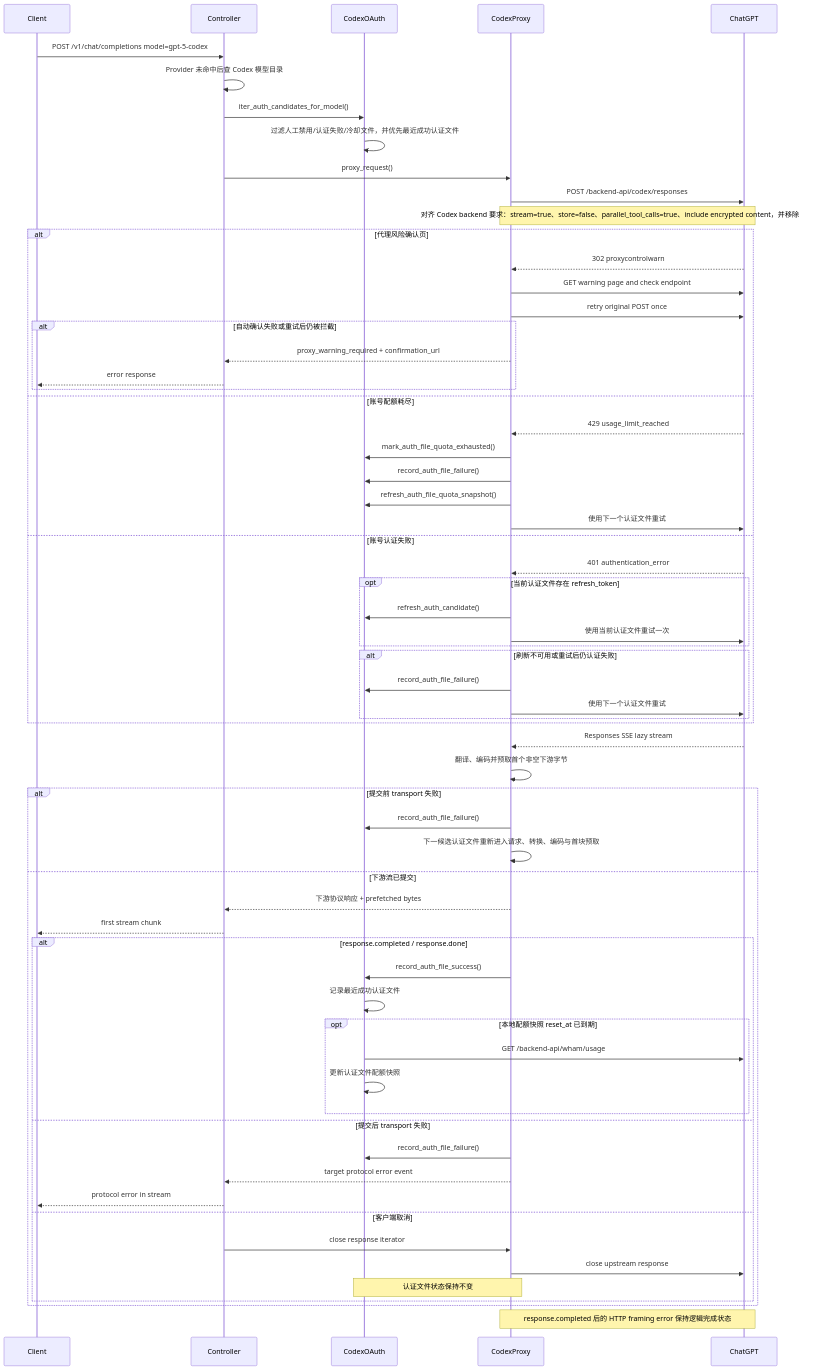
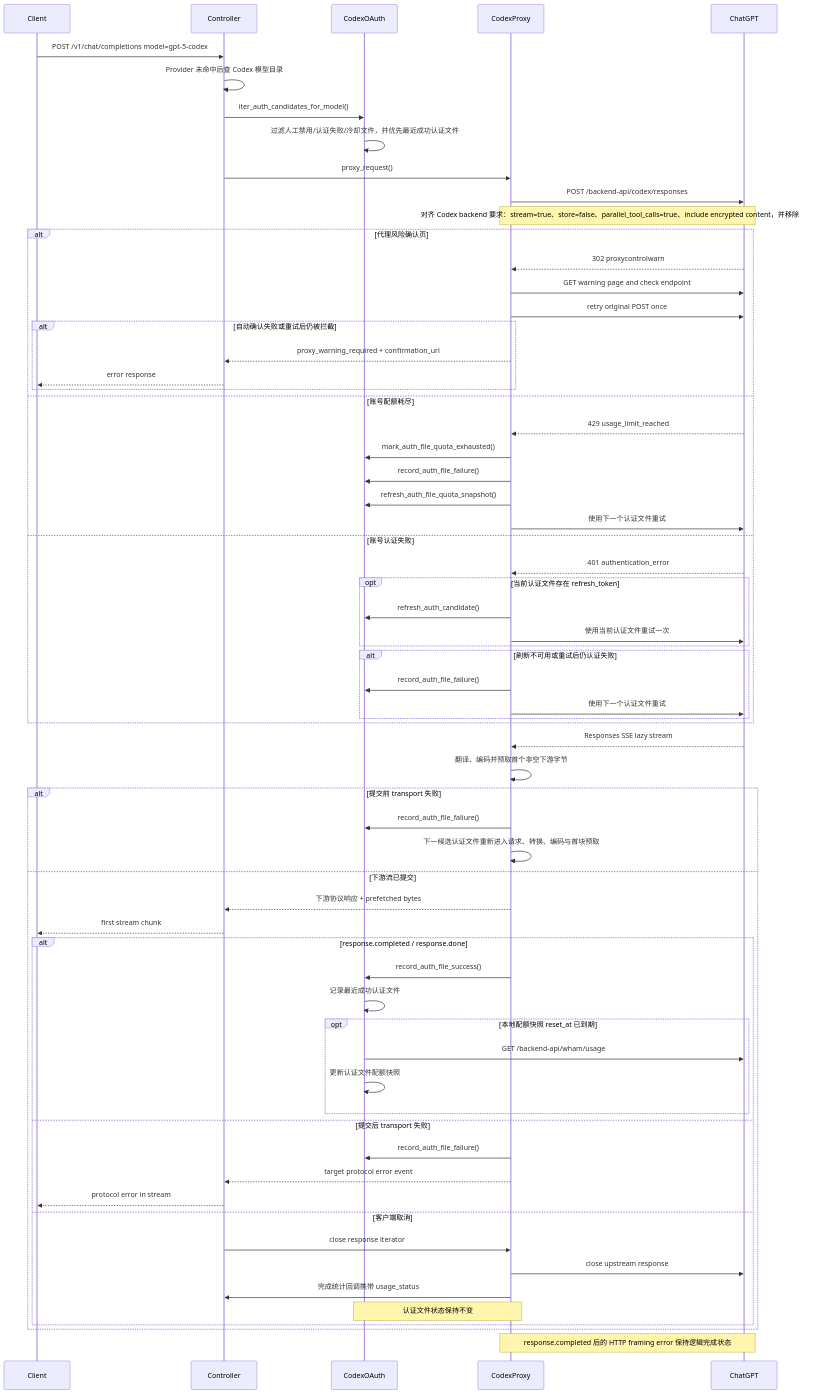
One commit to VonSdite/LLM_Proxy changed the second of 5 diagrams in docs/architecture-4plus1.md. Above: the diagram before and after it, drawn with Mermaid. The commit also changed other lines of this file and 21 other files, not shown here.

````diff
--- a/docs/architecture-4plus1.md
+++ b/docs/architecture-4plus1.md
@@ -1087,67 +1100,68 @@
 ```mermaid
 sequenceDiagram
     participant Client
     participant Controller
     participant CodexOAuth
     participant CodexProxy
     participant ChatGPT
 
     Client->>Controller: POST /v1/chat/completions model=gpt-5-codex
     Controller->>Controller: Provider 未命中后查 Codex 模型目录
     Controller->>CodexOAuth: iter_auth_candidates_for_model()
     CodexOAuth->>CodexOAuth: 过滤人工禁用/认证失败/冷却文件，并优先最近成功认证文件
     Controller->>CodexProxy: proxy_request()
     CodexProxy->>ChatGPT: POST /backend-api/codex/responses
     Note over CodexProxy,ChatGPT: 对齐 Codex backend 要求：stream=true、store=false、parallel_tool_calls=true、include encrypted content，并移除不支持字段
     alt 代理风险确认页
         ChatGPT-->>CodexProxy: 302 proxycontrolwarn
         CodexProxy->>ChatGPT: GET warning page and check endpoint
         CodexProxy->>ChatGPT: retry original POST once
         alt 自动确认失败或重试后仍被拦截
             CodexProxy-->>Controller: proxy_warning_required + confirmation_url
             Controller-->>Client: error response
         end
     else 账号配额耗尽
         ChatGPT-->>CodexProxy: 429 usage_limit_reached
         CodexProxy->>CodexOAuth: mark_auth_file_quota_exhausted()
         CodexProxy->>CodexOAuth: record_auth_file_failure()
         CodexProxy->>CodexOAuth: refresh_auth_file_quota_snapshot()
         CodexProxy->>ChatGPT: 使用下一个认证文件重试
     else 账号认证失败
         ChatGPT-->>CodexProxy: 401 authentication_error
         opt 当前认证文件存在 refresh_token
             CodexProxy->>CodexOAuth: refresh_auth_candidate()
             CodexProxy->>ChatGPT: 使用当前认证文件重试一次
         end
         alt 刷新不可用或重试后仍认证失败
             CodexProxy->>CodexOAuth: record_auth_file_failure()
             CodexProxy->>ChatGPT: 使用下一个认证文件重试
         end
     end
     ChatGPT-->>CodexProxy: Responses SSE lazy stream
     CodexProxy->>CodexProxy: 翻译、编码并预取首个非空下游字节
     alt 提交前 transport 失败
         CodexProxy->>CodexOAuth: record_auth_file_failure()
         CodexProxy->>CodexProxy: 下一候选认证文件重新进入请求、转换、编码与首块预取
     else 下游流已提交
         CodexProxy-->>Controller: 下游协议响应 + prefetched bytes
         Controller-->>Client: first stream chunk
         alt response.completed / response.done
             CodexProxy->>CodexOAuth: record_auth_file_success()
             CodexOAuth->>CodexOAuth: 记录最近成功认证文件
             opt 本地配额快照 reset_at 已到期
                 CodexOAuth->>ChatGPT: GET /backend-api/wham/usage
                 CodexOAuth->>CodexOAuth: 更新认证文件配额快照
             end
         else 提交后 transport 失败
             CodexProxy->>CodexOAuth: record_auth_file_failure()
             CodexProxy-->>Controller: target protocol error event
             Controller-->>Client: protocol error in stream
         else 客户端取消
             Controller->>CodexProxy: close response iterator
             CodexProxy->>ChatGPT: close upstream response
+            CodexProxy->>Controller: 完成统计回调携带 usage_status
             Note over CodexProxy,CodexOAuth: 认证文件状态保持不变
         end
     end
     Note over CodexProxy,ChatGPT: response.completed 后的 HTTP framing error 保持逻辑完成状态
 ```
````
